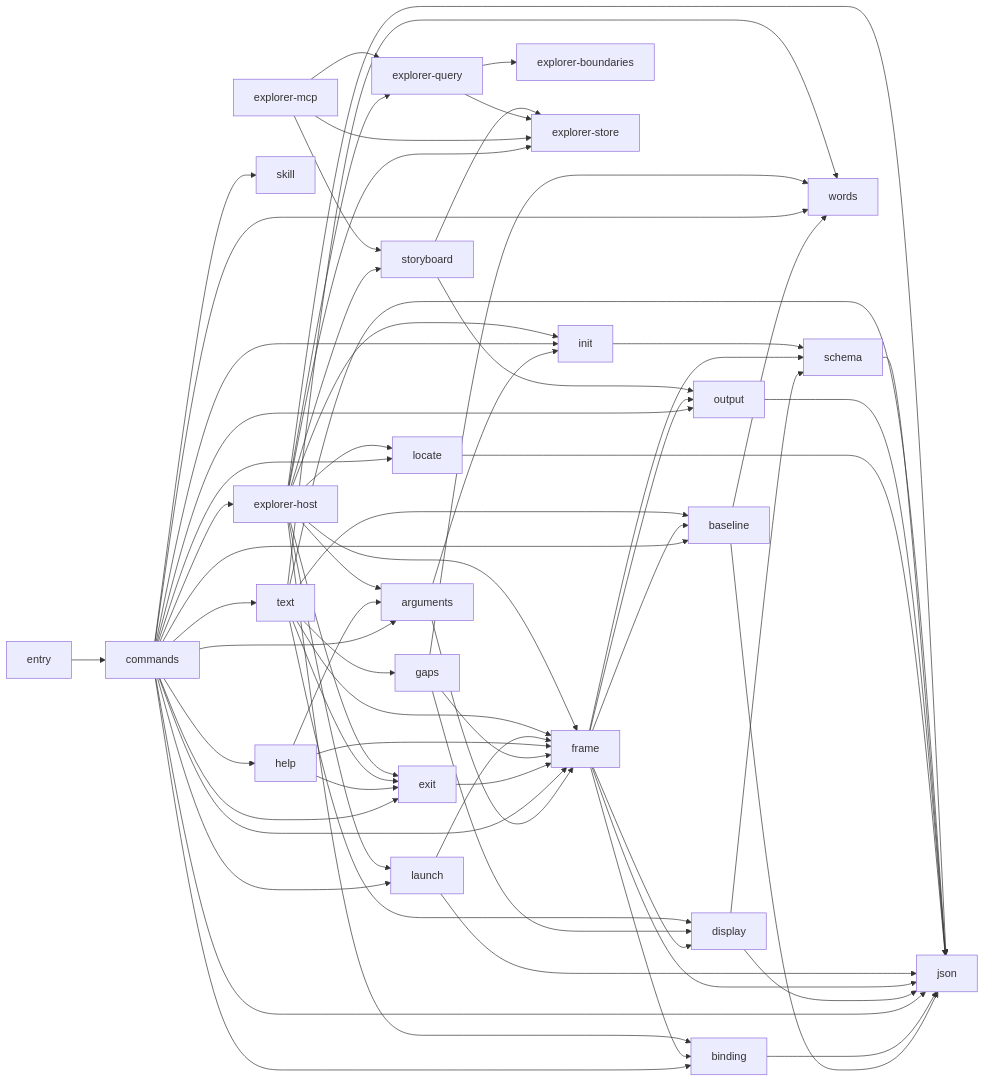
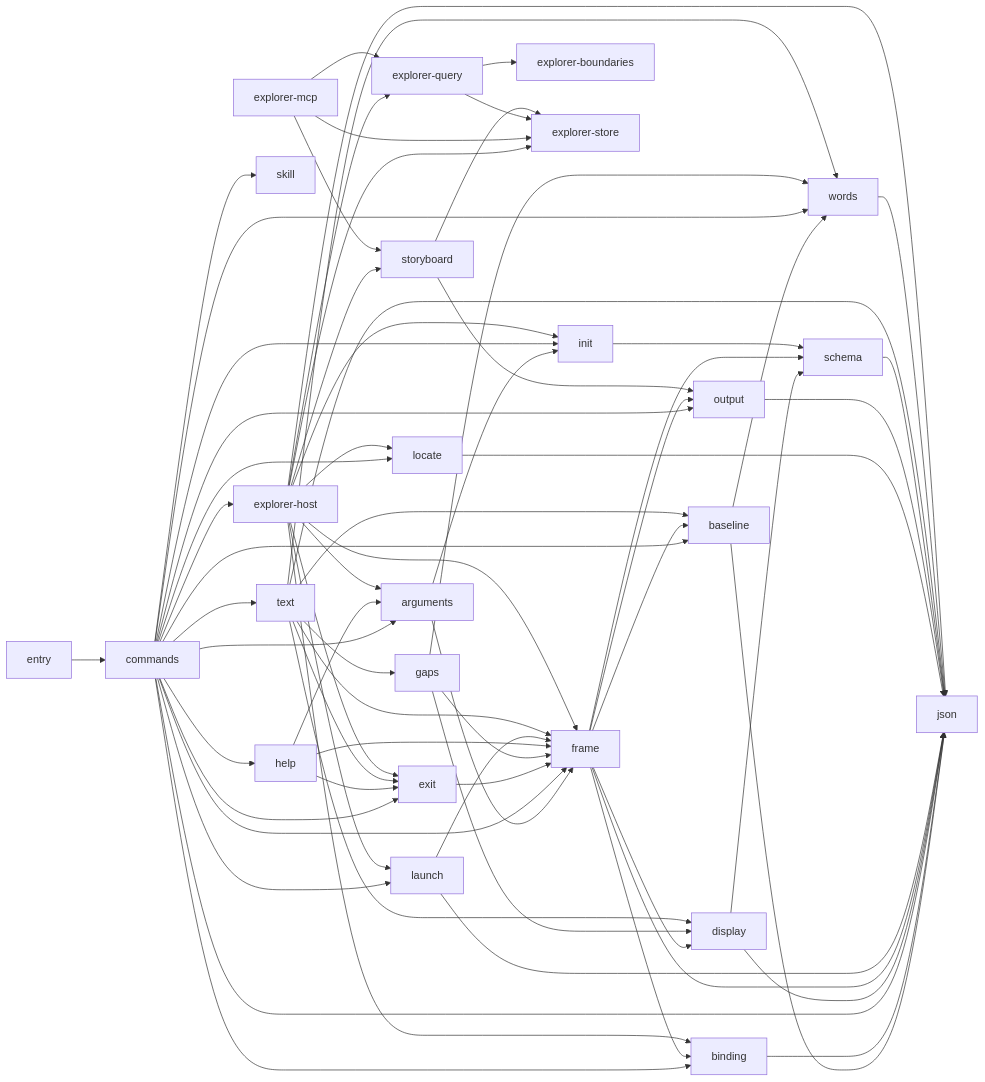
Before and after one commit to rapiddweller/archkeel: the diagram in docs/architecture/shell.md, drawn with Mermaid. The commit also changed 7 other files, not shown here.

Commit message:
Fix the self-scan gaps, the drawn graphs and the gap fake of the action change

```diff
--- a/docs/architecture/shell.md
+++ b/docs/architecture/shell.md
@@ -128,6 +128,7 @@
     n_17 --> n_8
     n_17 --> n_11
     n_17 --> n_18
+    n_18 --> n_11
     n_20 --> n_0
     n_20 --> n_2
     n_20 --> n_6
```
